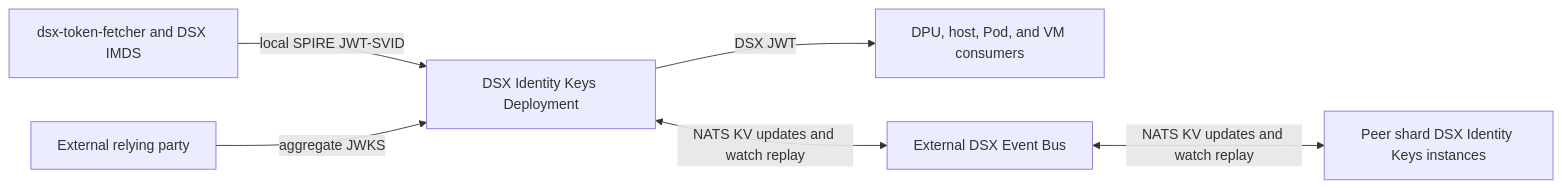
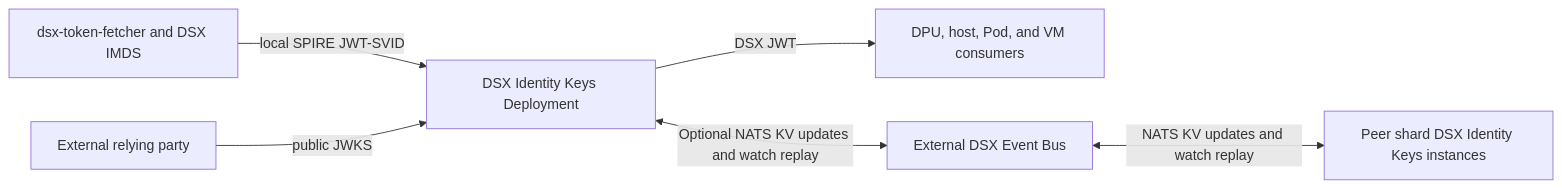
Before and after one commit to dsx-ai-factory/nvidia-workload-identity: the fourth of 7 diagrams in README.md, drawn with Mermaid. The commit also changed other lines of this file and 9 other files, not shown here.

Commit message:
feat(DSXOSSEC-96): make NATS optional

````diff
--- a/README.md
+++ b/README.md
@@ -311,12 +311,12 @@
 ```mermaid
 flowchart LR
   Local["dsx-token-fetcher and DSX IMDS"]
   IdentityKeys["DSX Identity Keys Deployment"]
   Consumers["DPU, host, Pod, and VM consumers"]
 
   Local -->|"local SPIRE JWT-SVID"| IdentityKeys
   IdentityKeys -->|"DSX JWT"| Consumers
-  IdentityKeys <-->|"NATS KV updates and watch replay"| Bus["External DSX Event Bus"]
+  IdentityKeys <-->|"Optional NATS KV updates and watch replay"| Bus["External DSX Event Bus"]
   Bus <-->|"NATS KV updates and watch replay"| Peers["Peer shard DSX Identity Keys instances"]
-  RelyingParty["External relying party"] -->|"aggregate JWKS"| IdentityKeys
+  RelyingParty["External relying party"] -->|"public JWKS"| IdentityKeys
 ```
````
